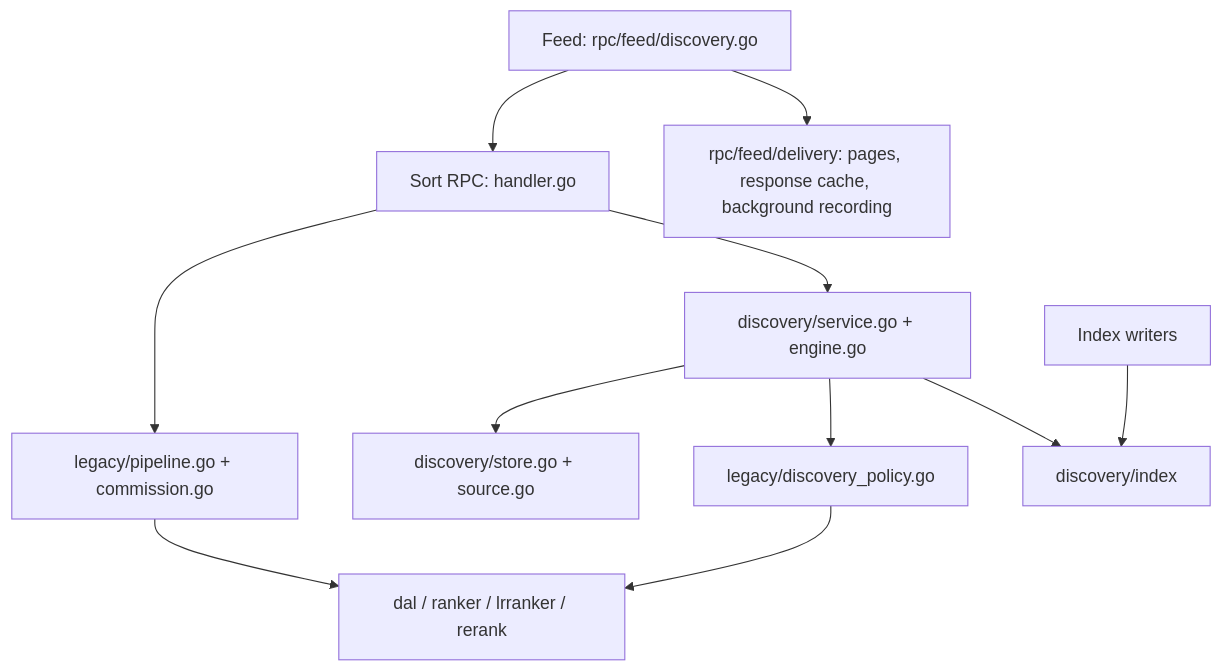
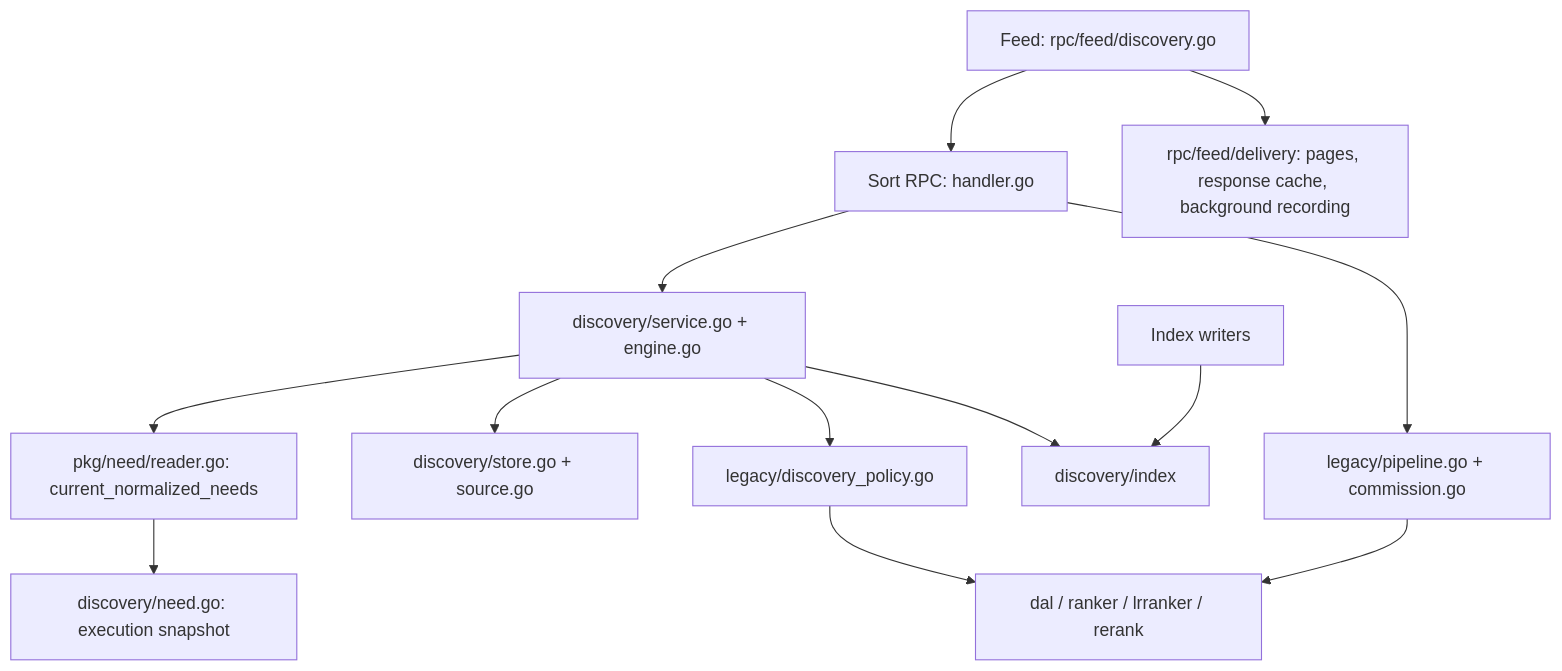
One commit to phronesis-io/eigenflux changed the diagram in rpc/sort/README.md. Above: the diagram before and after it, drawn with Mermaid. The commit also changed other lines of this file and 32 other files, not shown here.

Commit message:
feat(discovery): serve captured current normalized Needs

````diff
--- a/rpc/sort/README.md
+++ b/rpc/sort/README.md
@@ -45,13 +46,15 @@
 ```mermaid
 flowchart TD
     RPC[Sort RPC: handler.go] --> D[discovery/service.go + engine.go]
     RPC --> L[legacy/pipeline.go + commission.go]
+    D --> N[pkg/need/reader.go: current_normalized_needs]
+    N --> C[discovery/need.go: execution snapshot]
     D --> S[discovery/store.go + source.go]
     D --> P[legacy/discovery_policy.go]
     L --> R[dal / ranker / lrranker / rerank]
     P --> R
     D --> I[discovery/index]
     W[Index writers] --> I
     F[Feed: rpc/feed/discovery.go] --> RPC
     F --> Delivery[rpc/feed/delivery: pages, response cache, background recording]
 ```
````
